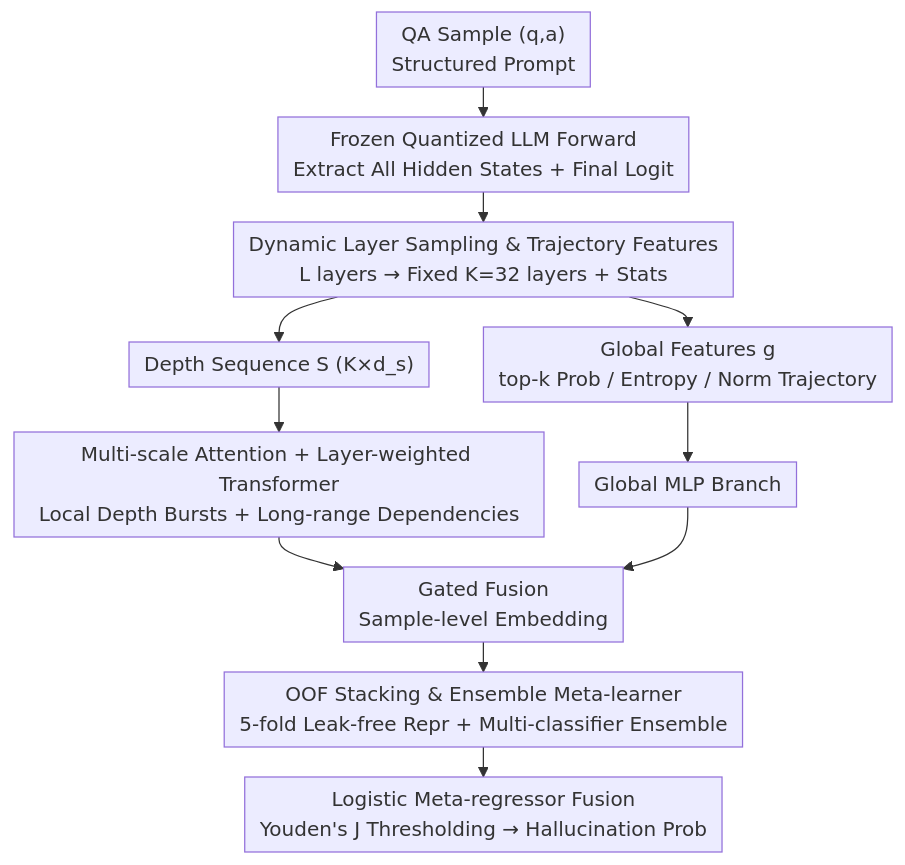
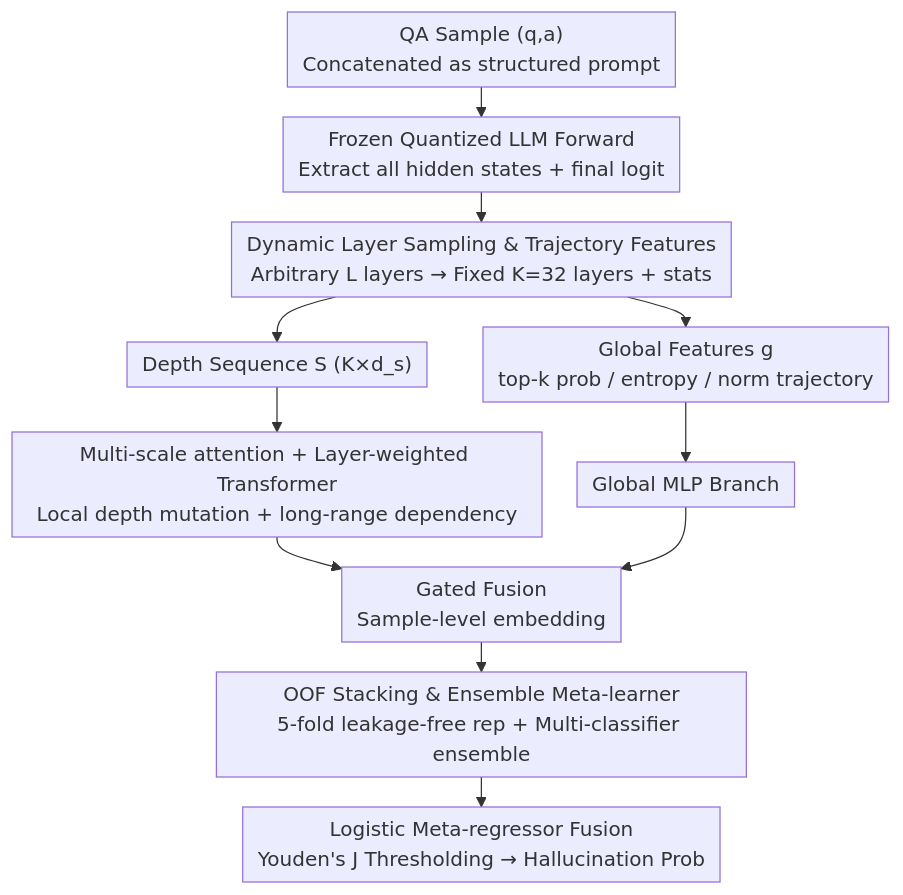
One commit to zhaoyang97/Paper-Notes-en changed the diagram in docs/ACL2026/hallucination/multihaludet_multilingual_hallucination_detection_via_llm_hidden_state_probing.md. Above: the diagram before and after it, drawn with Mermaid. The commit also changed other lines of this file and 5084 other files, not shown here.

````diff
--- a/docs/ACL2026/hallucination/multihaludet_multilingual_hallucination_detection_via_llm_hidden_state_probing.md
+++ b/docs/ACL2026/hallucination/multihaludet_multilingual_hallucination_detection_via_llm_hidden_state_probing.md
@@ -50,14 +50,14 @@
 ```mermaid
 %%{init: {'flowchart': {'rankSpacing': 24, 'nodeSpacing': 28, 'padding': 6, 'wrappingWidth': 400}}}%%
 flowchart TD
-    A["QA Sample (q,a)<br/>Structured Prompt"] --> B["Frozen Quantized LLM Forward<br/>Extract All Hidden States + Final Logit"]
-    B --> C["Dynamic Layer Sampling & Trajectory Features<br/>L layers → Fixed K=32 layers + Stats"]
+    A["QA Sample (q,a)<br/>Concatenated as structured prompt"] --> B["Frozen Quantized LLM Forward<br/>Extract all hidden states + final logit"]
+    B --> C["Dynamic Layer Sampling & Trajectory Features<br/>Arbitrary L layers → Fixed K=32 layers + stats"]
     C --> D["Depth Sequence S (K×d_s)"]
-    C --> E["Global Features g<br/>top-k Prob / Entropy / Norm Trajectory"]
-    D --> F["Multi-scale Attention + Layer-weighted Transformer<br/>Local Depth Bursts + Long-range Dependencies"]
+    C --> E["Global Features g<br/>top-k prob / entropy / norm trajectory"]
+    D --> F["Multi-scale attention + Layer-weighted Transformer<br/>Local depth mutation + long-range dependency"]
     E --> G["Global MLP Branch"]
-    F --> H["Gated Fusion<br/>Sample-level Embedding"]
+    F --> H["Gated Fusion<br/>Sample-level embedding"]
     G --> H
-    H --> I["OOF Stacking & Ensemble Meta-learner<br/>5-fold Leak-free Repr + Multi-classifier Ensemble"]
+    H --> I["OOF Stacking & Ensemble Meta-learner<br/>5-fold leakage-free rep + Multi-classifier ensemble"]
     I --> J["Logistic Meta-regressor Fusion<br/>Youden's J Thresholding → Hallucination Prob"]
 ```
````
